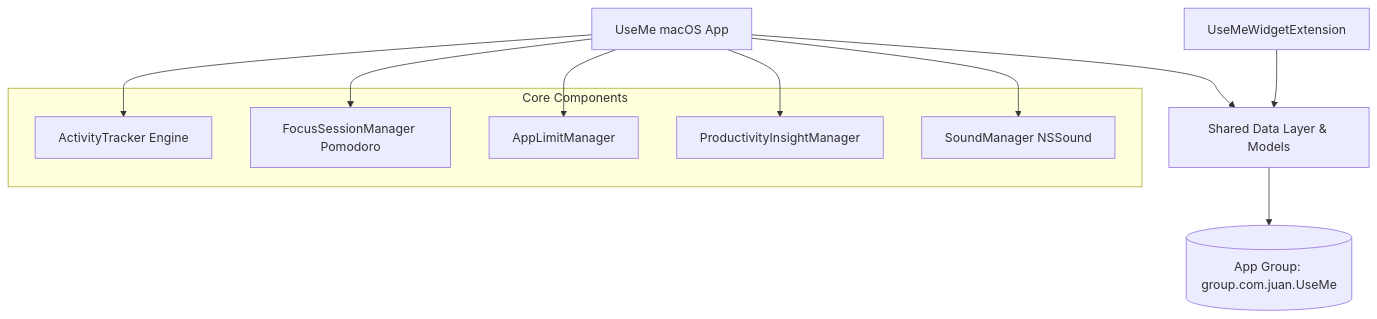
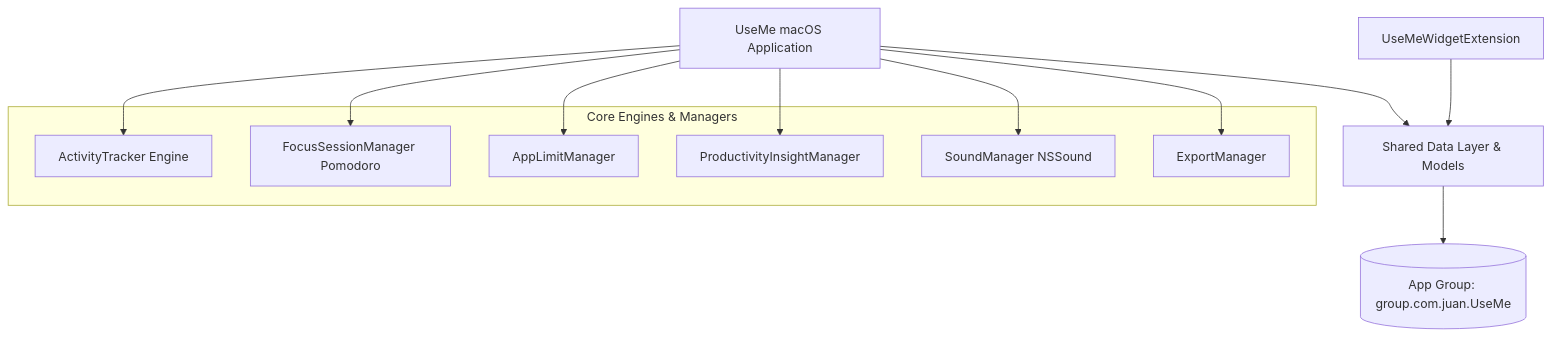
The diagram in README.md (Jayflux/UseMe), drawn with Mermaid before and after one commit. The commit also changed other lines of this file, not shown here.

````diff
--- a/README.md
+++ b/README.md
@@ -71,20 +70,22 @@
 ```mermaid
 graph TD
-    App[UseMe macOS App] --> Shared[Shared Data Layer & Models]
+    App[UseMe macOS Application] --> Shared[Shared Data Layer & Models]
     Widget[UseMeWidgetExtension] --> Shared
     Shared --> AppGroup[(App Group: group.com.juan.UseMe)]
     
-    subgraph "Core Components"
+    subgraph "Core Engines & Managers"
         Tracker[ActivityTracker Engine]
         Focus[FocusSessionManager Pomodoro]
         Limits[AppLimitManager]
         Insight[ProductivityInsightManager]
         Audio[SoundManager NSSound]
+        Exporter[ExportManager]
     end
     
     App --> Tracker
     App --> Focus
     App --> Limits
     App --> Insight
     App --> Audio
+    App --> Exporter
 ```
````
